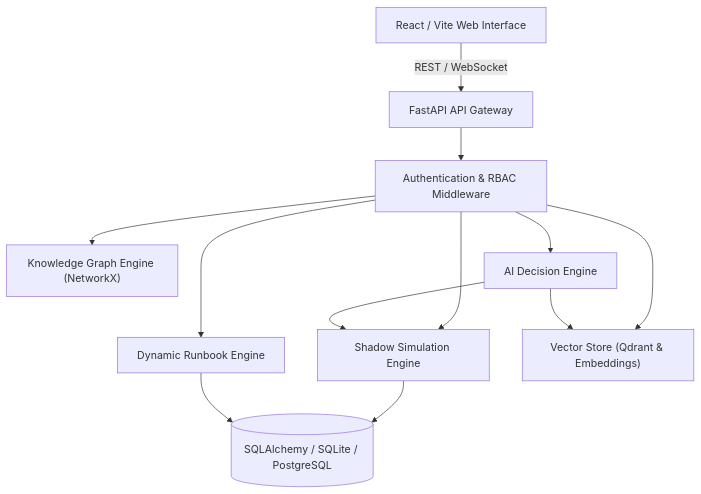
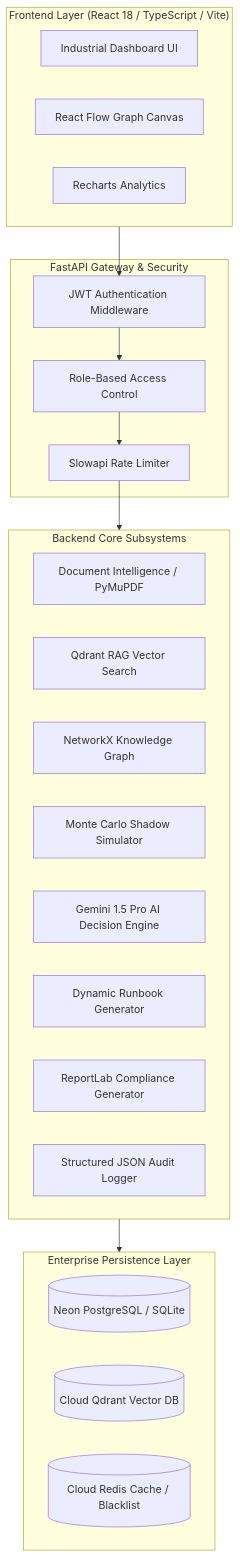
One commit to RudraMalvankar/ETI changed the diagram in docs/architecture.md. Above: the diagram before and after it, drawn with Mermaid. The commit also changed other lines of this file and 16 other files, not shown here.

Commit message:
docs: initialize project documentation, setup templates, and formalize security and compliance policies

````diff
--- a/docs/architecture.md
+++ b/docs/architecture.md
@@ -7,15 +10,37 @@
 ```mermaid
-graph TD
-    Client["React / Vite Web Interface"] -->|REST / WebSocket| Gateway["FastAPI API Gateway"]
-    Gateway --> Auth["Authentication & RBAC Middleware"]
-    Auth --> Graph["Knowledge Graph Engine (NetworkX)"]
-    Auth --> Sim["Shadow Simulation Engine"]
-    Auth --> Decision["AI Decision Engine"]
-    Auth --> Runbook["Dynamic Runbook Engine"]
-    Auth --> RAG["Vector Store (Qdrant & Embeddings)"]
-    
-    Sim --> DB[("SQLAlchemy / SQLite / PostgreSQL")]
-    Runbook --> DB
-    Decision --> RAG
-    Decision --> Sim
+flowchart TD
+    subgraph Client ["Frontend Layer (React 18 / TypeScript / Vite)"]
+        UI[Industrial Dashboard UI]
+        GraphCanvas[React Flow Graph Canvas]
+        Metrics[Recharts Analytics]
+    end
+
+    subgraph API Gateway ["FastAPI Gateway & Security"]
+        AuthMiddleware[JWT Authentication Middleware]
+        RBACChecker[Role-Based Access Control]
+        RateLimiter[Slowapi Rate Limiter]
+    end
+
+    subgraph Services ["Backend Core Subsystems"]
+        DocEngine[Document Intelligence / PyMuPDF]
+        RAGSearch[Qdrant RAG Vector Search]
+        GraphFactory[NetworkX Knowledge Graph]
+        ShadowSim[Monte Carlo Shadow Simulator]
+        DecisionEngine[Gemini 1.5 Pro AI Decision Engine]
+        RunbookEngine[Dynamic Runbook Generator]
+        ComplianceEngine[ReportLab Compliance Generator]
+        AuditLogger[Structured JSON Audit Logger]
+    end
+
+    subgraph Storage ["Enterprise Persistence Layer"]
+        Postgres[(Neon PostgreSQL / SQLite)]
+        Qdrant[(Cloud Qdrant Vector DB)]
+        Redis[(Cloud Redis Cache / Blacklist)]
+    end
+
+    Client --> AuthMiddleware
+    AuthMiddleware --> RBACChecker
+    RBACChecker --> RateLimiter
+    RateLimiter --> Services
+    Services --> Storage
 ```
````
